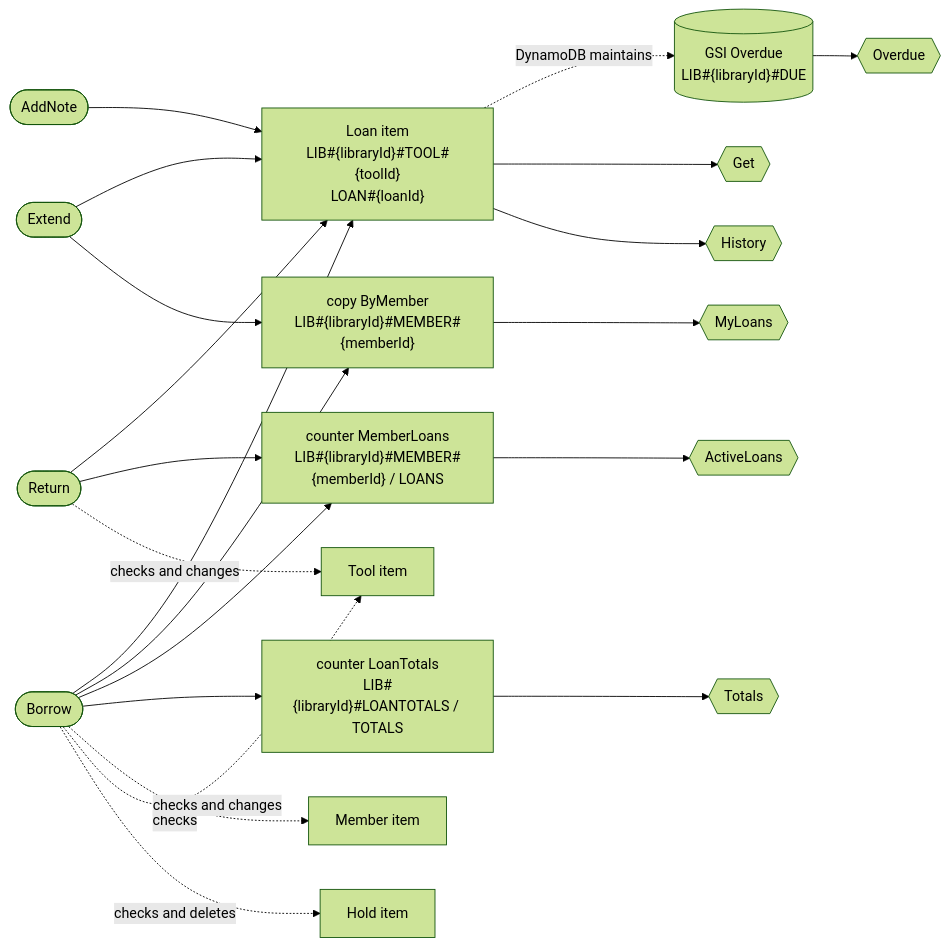
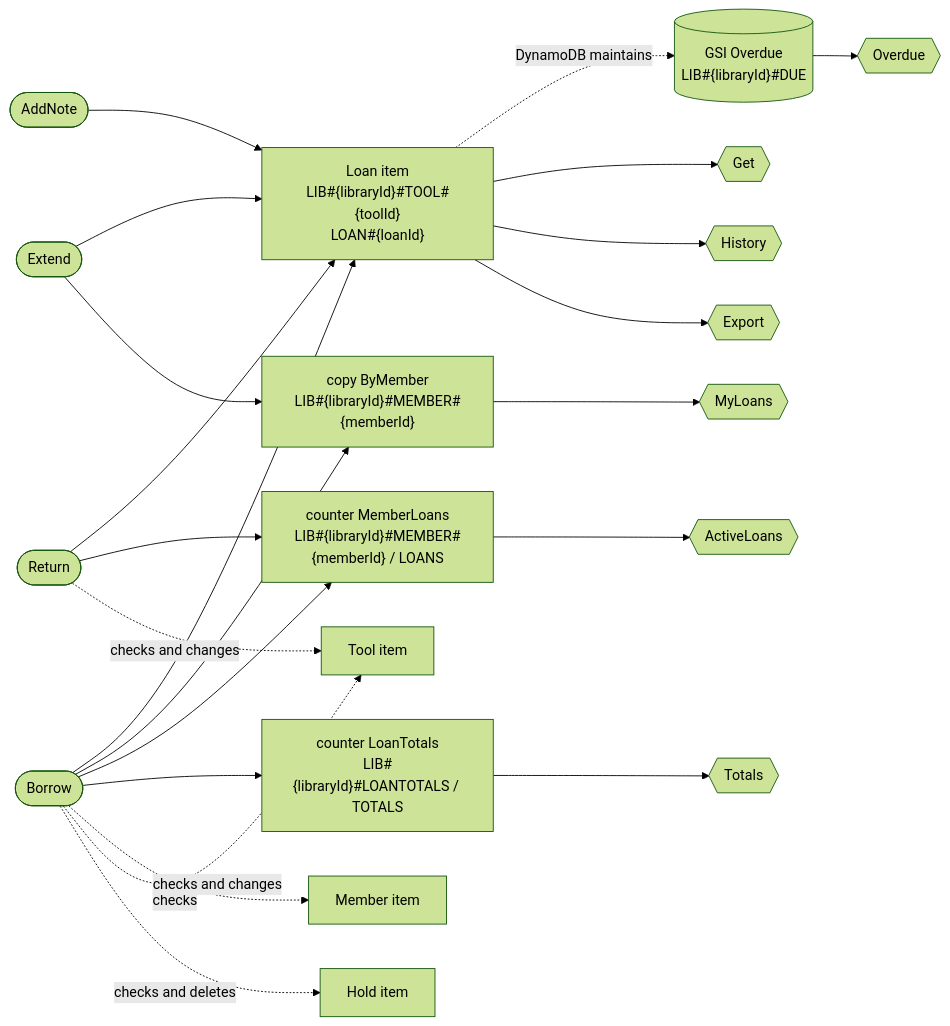
One commit to nicklanng/dynago changed the tenth of 11 diagrams in examples/toollibrary/toollibrary.model.md. Above: the diagram before and after it, drawn with Mermaid (forest theme). The commit also changed other lines of this file and 41 other files, not shown here.

````diff
--- a/examples/toollibrary/toollibrary.model.md
+++ b/examples/toollibrary/toollibrary.model.md
@@ -642,37 +673,39 @@
 ```mermaid
 flowchart LR
   item_Loan["Loan item<br/>LIB#35;{libraryId}#35;TOOL#35;{toolId}<br/>LOAN#35;{loanId}"]
   ix_ByMember["copy ByMember<br/>LIB#35;{libraryId}#35;MEMBER#35;{memberId}"]
   ix_Overdue[("GSI Overdue<br/>LIB#35;{libraryId}#35;DUE")]
   item_Loan -. DynamoDB maintains .-> ix_Overdue
   counter_MemberLoans["counter MemberLoans<br/>LIB#35;{libraryId}#35;MEMBER#35;{memberId} / LOANS"]
   counter_LoanTotals["counter LoanTotals<br/>LIB#35;{libraryId}#35;LOANTOTALS / TOTALS"]
   w_Borrow(["Borrow"])
   w_Borrow --> item_Loan & ix_ByMember & counter_MemberLoans & counter_LoanTotals
   other_Member["Member item"]
   w_Borrow -. checks .-> other_Member
   other_Tool["Tool item"]
   w_Borrow -. checks and changes .-> other_Tool
   other_Hold["Hold item"]
   w_Borrow -. checks and deletes .-> other_Hold
   w_Return(["Return"])
   w_Return --> item_Loan & counter_MemberLoans
   other_Tool["Tool item"]
   w_Return -. checks and changes .-> other_Tool
   w_Extend(["Extend"])
   w_Extend --> item_Loan & ix_ByMember
   w_AddNote(["AddNote"])
   w_AddNote --> item_Loan
   r_Get{{"Get"}}
   item_Loan --> r_Get
   r_History{{"History"}}
   item_Loan --> r_History
   r_MyLoans{{"MyLoans"}}
   ix_ByMember --> r_MyLoans
   r_Overdue{{"Overdue"}}
   ix_Overdue --> r_Overdue
   r_ActiveLoans{{"ActiveLoans"}}
   counter_MemberLoans --> r_ActiveLoans
   r_Totals{{"Totals"}}
   counter_LoanTotals --> r_Totals
+  r_Export{{"Export"}}
+  item_Loan --> r_Export
 ```
````
